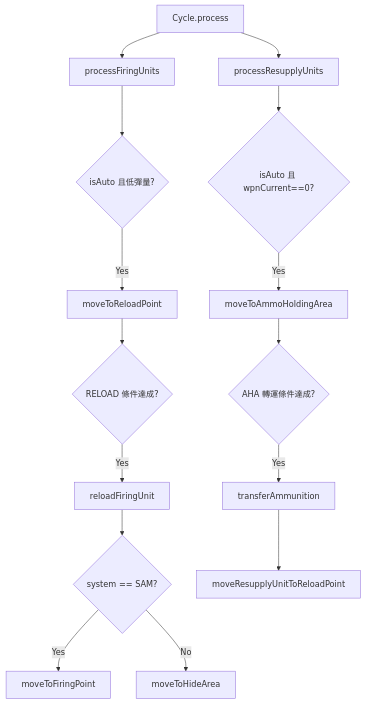
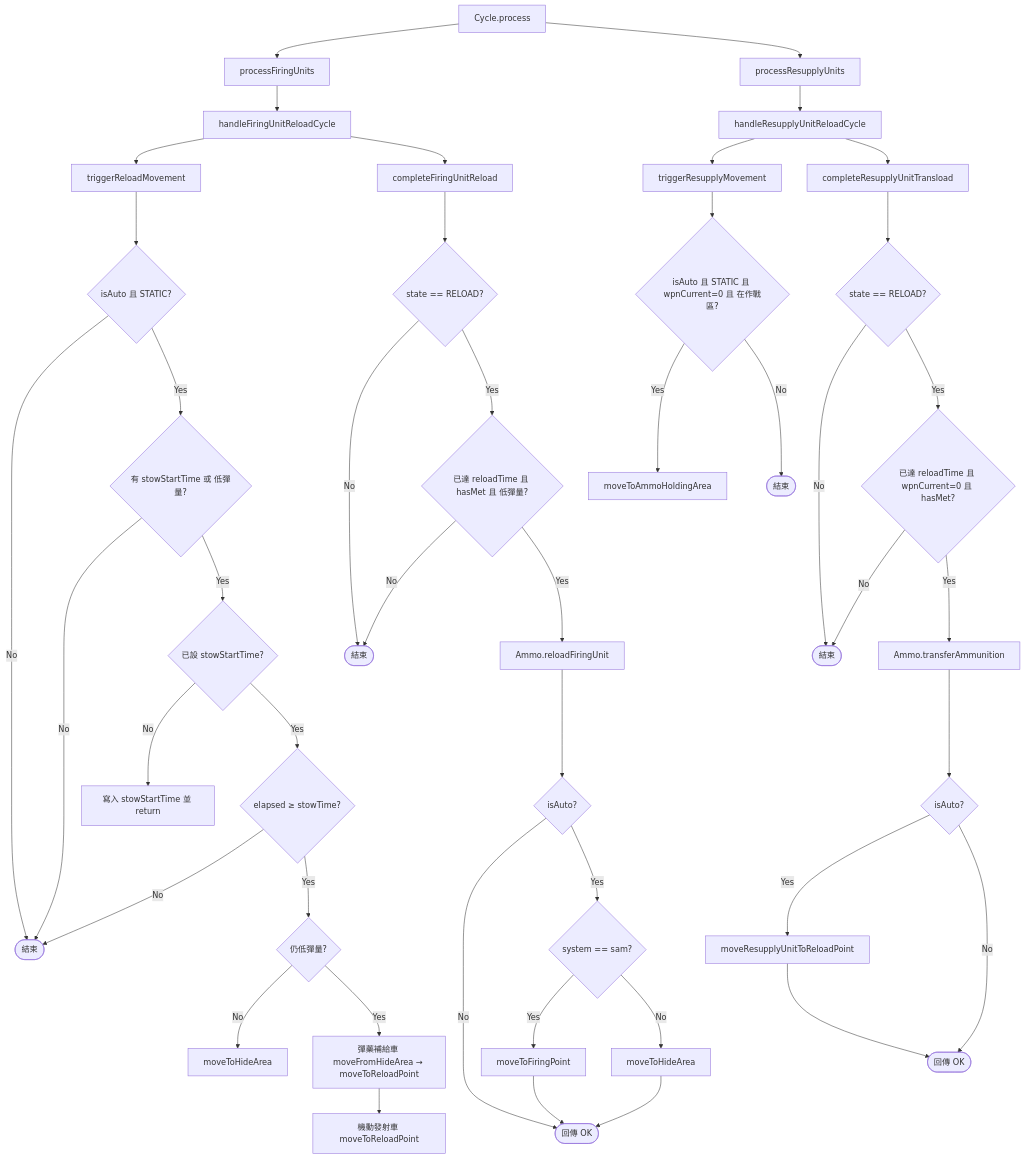
The diagram in docs/missileSystem/cycle.md (pullupjumper/formosa-in-flames), drawn with Mermaid before and after one commit. The commit also changed other lines of this file and 9 other files, not shown here.

First line of the commit message:
feat(missile-system): add stow wait window before redeploy

````diff
--- a/docs/missileSystem/cycle.md
+++ b/docs/missileSystem/cycle.md
@@ -28,19 +68,53 @@
 ```mermaid
 flowchart TD
     A[Cycle.process] --> B[processFiringUnits]
     A --> C[processResupplyUnits]
 
-    B --> D{isAuto 且低彈量?}
-    D -->|Yes| E[moveToReloadPoint]
-    E --> F{RELOAD 條件達成?}
-    F -->|Yes| G[reloadFiringUnit]
-    G --> H{system == SAM?}
-    H -->|Yes| I[moveToFiringPoint]
-    H -->|No| J[moveToHideArea]
+    B --> B1[handleFiringUnitReloadCycle]
+    B1 --> T[triggerReloadMovement]
+    B1 --> F[completeFiringUnitReload]
 
-    C --> K{isAuto 且 wpnCurrent==0?}
-    K -->|Yes| L[moveToAmmoHoldingArea]
-    L --> M{AHA 轉運條件達成?}
-    M -->|Yes| N[transferAmmunition]
-    N --> O[moveResupplyUnitToReloadPoint]
+    T --> T1{isAuto 且 STATIC?}
+    T1 -->|No| Tend([結束])
+    T1 -->|Yes| T2{有 stowStartTime 或 低彈量?}
+    T2 -->|No| Tend
+    T2 -->|Yes| T3{已設 stowStartTime?}
+    T3 -->|No| T4[寫入 stowStartTime 並 return]
+    T3 -->|Yes| T5{elapsed ≥ stowTime?}
+    T5 -->|No| Tend
+    T5 -->|Yes| T6{仍低彈量?}
+    T6 -->|No| T7[moveToHideArea]
+    T6 -->|Yes| T8[彈藥補給車 moveFromHideArea → moveToReloadPoint]
+    T8 --> T9[機動發射車 moveToReloadPoint]
+
+    F --> F1{state == RELOAD?}
+    F1 -->|No| Fend([結束])
+    F1 -->|Yes| F2{已達 reloadTime 且 hasMet 且 低彈量?}
+    F2 -->|No| Fend
+    F2 -->|Yes| F3[Ammo.reloadFiringUnit]
+    F3 --> F4{isAuto?}
+    F4 -->|No| Fok([回傳 OK])
+    F4 -->|Yes| F5{system == sam?}
+    F5 -->|Yes| F6[moveToFiringPoint]
+    F5 -->|No| F7[moveToHideArea]
+    F6 --> Fok
+    F7 --> Fok
+
+    C --> C1[handleResupplyUnitReloadCycle]
+    C1 --> R[triggerResupplyMovement]
+    C1 --> S[completeResupplyUnitTransload]
+
+    R --> R1{isAuto 且 STATIC 且 wpnCurrent=0 且 在作戰區?}
+    R1 -->|Yes| R2[moveToAmmoHoldingArea]
+    R1 -->|No| Rend([結束])
+
+    S --> S1{state == RELOAD?}
+    S1 -->|No| Send([結束])
+    S1 -->|Yes| S2{已達 reloadTime 且 wpnCurrent=0 且 hasMet?}
+    S2 -->|No| Send
+    S2 -->|Yes| S3[Ammo.transferAmmunition]
+    S3 --> S4{isAuto?}
+    S4 -->|Yes| S5[moveResupplyUnitToReloadPoint]
+    S4 -->|No| Sok([回傳 OK])
+    S5 --> Sok
 ```
````
